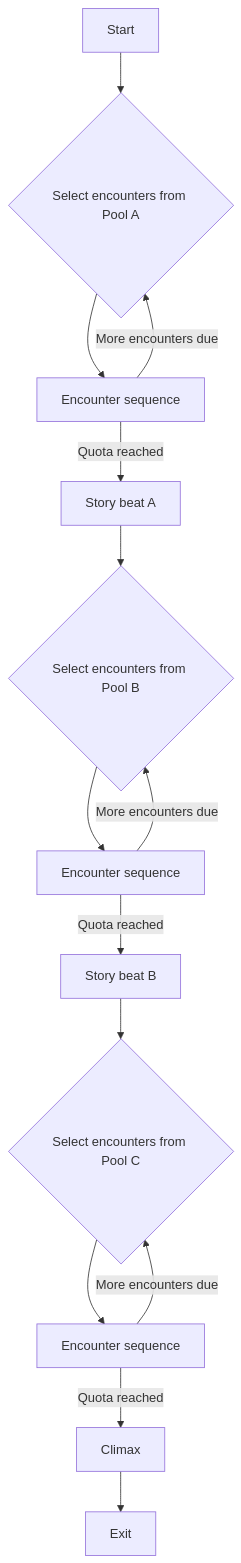
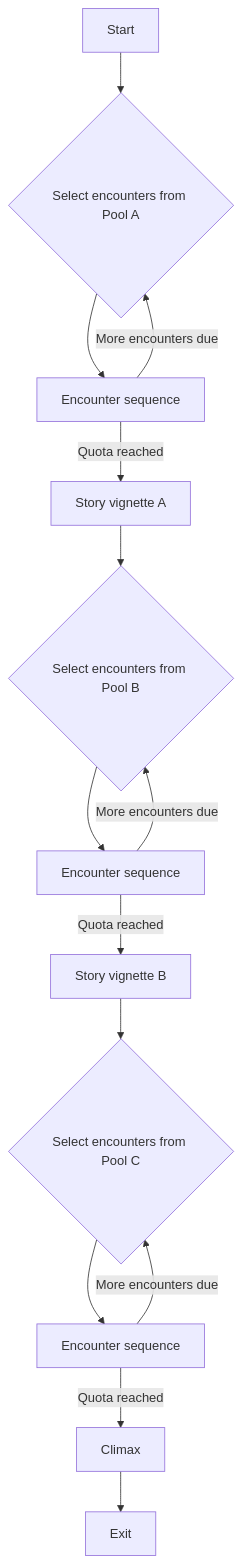
The fourth of 4 diagrams in docs/card-sequences.md (gerdax/nest), drawn with Mermaid before and after one commit. The commit also changed other lines of this file and 45 other files, not shown here.

````diff
--- a/docs/card-sequences.md
+++ b/docs/card-sequences.md
@@ -101,16 +101,16 @@
 ```mermaid
 flowchart TD
     start["Start"] --> pa{"Select encounters from Pool A"}
     pa --> ea["Encounter sequence"]
     ea -->|More encounters due| pa
-    ea -->|Quota reached| ba["Story beat A"]
+    ea -->|Quota reached| ba["Story vignette A"]
     ba --> pb{"Select encounters from Pool B"}
     pb --> eb["Encounter sequence"]
     eb -->|More encounters due| pb
-    eb -->|Quota reached| bb["Story beat B"]
+    eb -->|Quota reached| bb["Story vignette B"]
     bb --> pc{"Select encounters from Pool C"}
     pc --> ec["Encounter sequence"]
     ec -->|More encounters due| pc
     ec -->|Quota reached| climax["Climax"]
     climax --> exit["Exit"]
 ```
````
